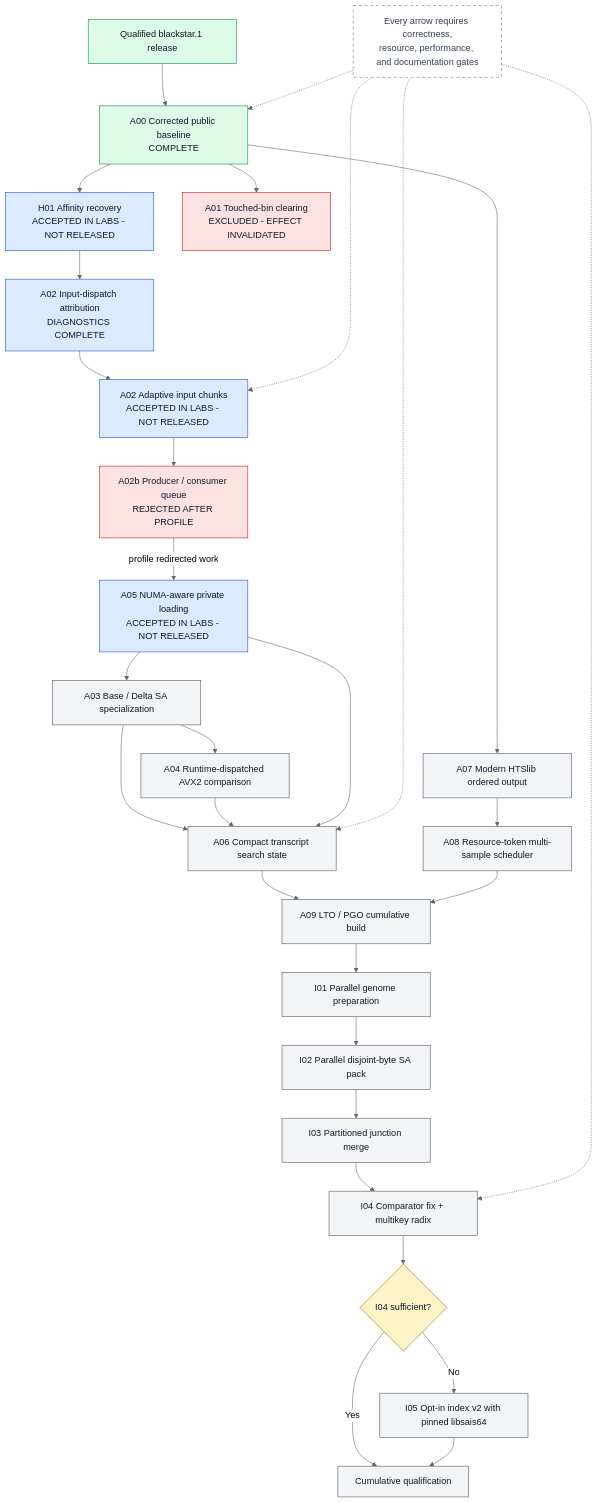
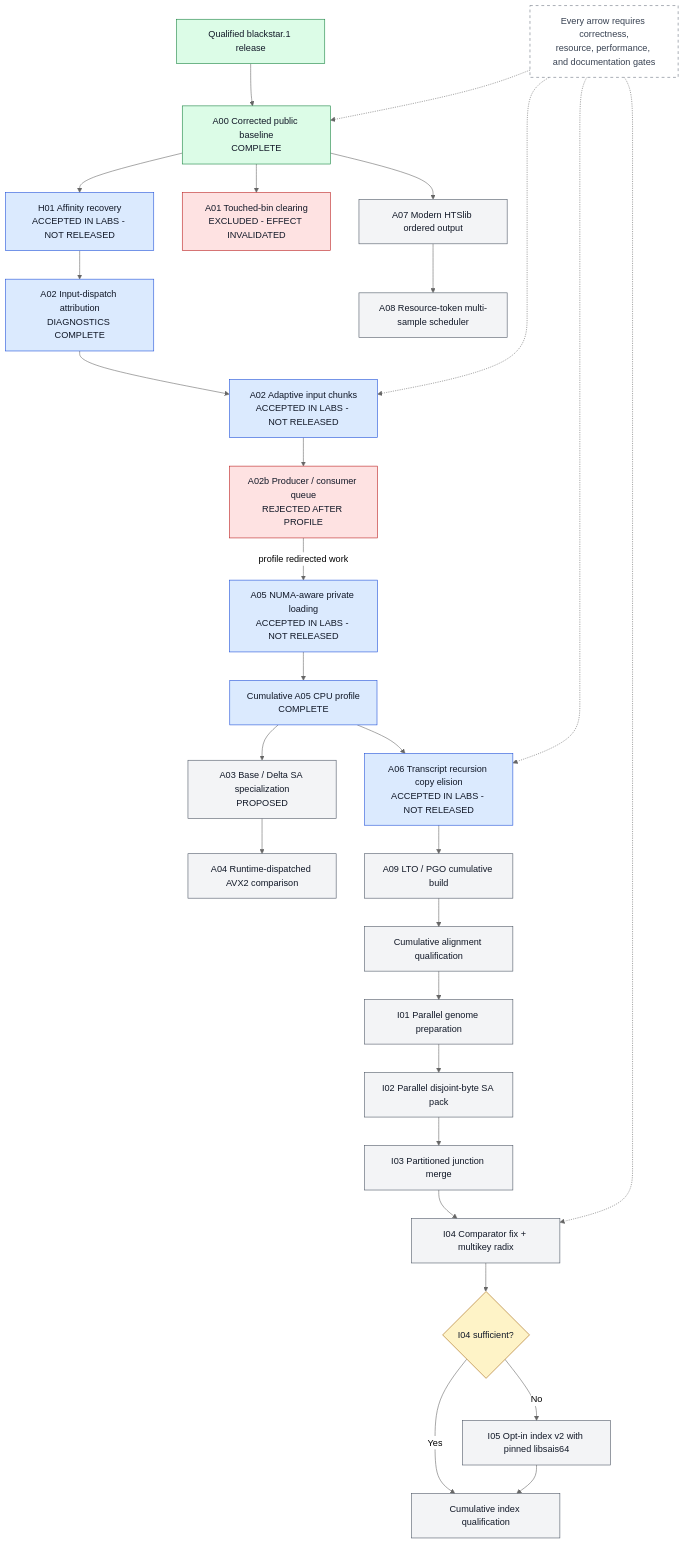
Before and after one commit to justinblethrow-cloud/STAR: the diagram in docs/architecture/diagrams/src/F14-roadmap.mmd, drawn with Mermaid (neutral theme). The commit also changed 16 other files, not shown here.

Commit message:
docs: qualify A06 transcript recursion

```diff
--- a/docs/architecture/diagrams/src/F14-roadmap.mmd
+++ b/docs/architecture/diagrams/src/F14-roadmap.mmd
@@ -1,43 +1,42 @@
 flowchart TD
     RELEASE["Qualified blackstar.1 release"] --> A00["A00 Corrected public baseline<br/>COMPLETE"]
     A00 --> H01["H01 Affinity recovery<br/>ACCEPTED IN LABS - NOT RELEASED"]
     A00 --> A01["A01 Touched-bin clearing<br/>EXCLUDED - EFFECT INVALIDATED"]
     H01 --> A02D["A02 Input-dispatch attribution<br/>DIAGNOSTICS COMPLETE"]
     A02D --> A02["A02 Adaptive input chunks<br/>ACCEPTED IN LABS - NOT RELEASED"]
     A02 --> A02B["A02b Producer / consumer queue<br/>REJECTED AFTER PROFILE"]
     A02B -->|profile redirected work| A05["A05 NUMA-aware private loading<br/>ACCEPTED IN LABS - NOT RELEASED"]
-    A05 --> A03["A03 Base / Delta SA specialization"]
+    A05 --> PROFILE["Cumulative A05 CPU profile<br/>COMPLETE"]
+    PROFILE --> A06["A06 Transcript recursion copy elision<br/>ACCEPTED IN LABS - NOT RELEASED"]
+    PROFILE --> A03["A03 Base / Delta SA specialization<br/>PROPOSED"]
     A03 --> A04["A04 Runtime-dispatched AVX2 comparison"]
-    A03 --> A06["A06 Compact transcript search state"]
-    A04 --> A06
-    A05 --> A06
     A00 --> A07["A07 Modern HTSlib ordered output"]
     A07 --> A08["A08 Resource-token multi-sample scheduler"]
     A06 --> A09["A09 LTO / PGO cumulative build"]
-    A08 --> A09
-    A09 --> I01["I01 Parallel genome preparation"]
+    A09 --> QUAL["Cumulative alignment qualification"]
+    QUAL --> I01["I01 Parallel genome preparation"]
     I01 --> I02["I02 Parallel disjoint-byte SA pack"]
     I02 --> I03["I03 Partitioned junction merge"]
     I03 --> I04["I04 Comparator fix + multikey radix"]
     I04 --> DECIDE{"I04 sufficient?"}
-    DECIDE -->|Yes| QUAL["Cumulative qualification"]
+    DECIDE -->|Yes| INDEXQUAL["Cumulative index qualification"]
     DECIDE -->|No| I05["I05 Opt-in index v2 with pinned libsais64"]
-    I05 --> QUAL
+    I05 --> INDEXQUAL
 
     GATE["Every arrow requires correctness,<br/>resource, performance, and documentation gates"] -.-> A00
     GATE -.-> A02
     GATE -.-> A06
     GATE -.-> I04
 
     classDef accepted fill:#dcfce7,stroke:#15803d,color:#111827;
     classDef active fill:#dbeafe,stroke:#1d4ed8,color:#111827;
     classDef rejected fill:#fee2e2,stroke:#b91c1c,color:#111827;
     classDef proposed fill:#f3f4f6,stroke:#4b5563,color:#111827;
     classDef decision fill:#fef3c7,stroke:#a16207,color:#111827;
     classDef note fill:#ffffff,stroke:#6b7280,color:#374151,stroke-dasharray: 5 5;
     class RELEASE,A00 accepted;
-    class H01,A02D,A02,A05 active;
+    class H01,A02D,A02,A05,PROFILE,A06 active;
     class A01,A02B rejected;
-    class A03,A04,A06,A07,A08,A09,I01,I02,I03,I04,I05,QUAL proposed;
+    class A03,A04,A07,A08,A09,QUAL,I01,I02,I03,I04,I05,INDEXQUAL proposed;
     class DECIDE decision;
     class GATE note;
```
